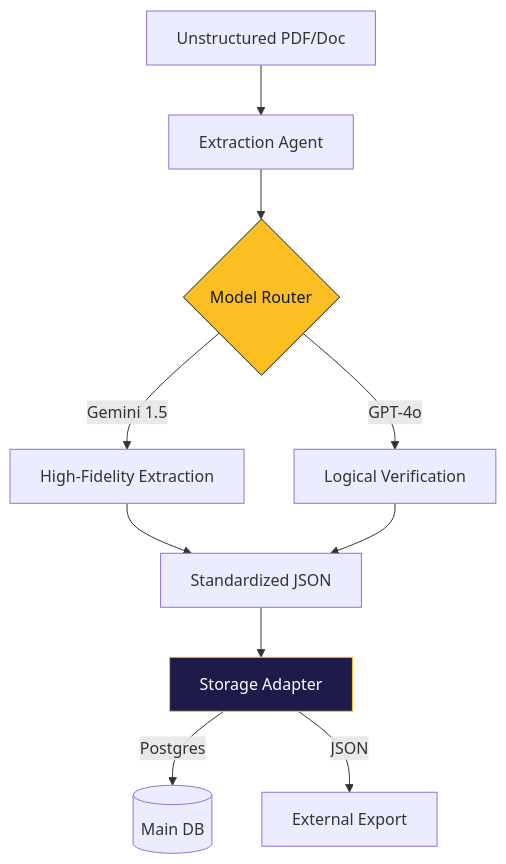
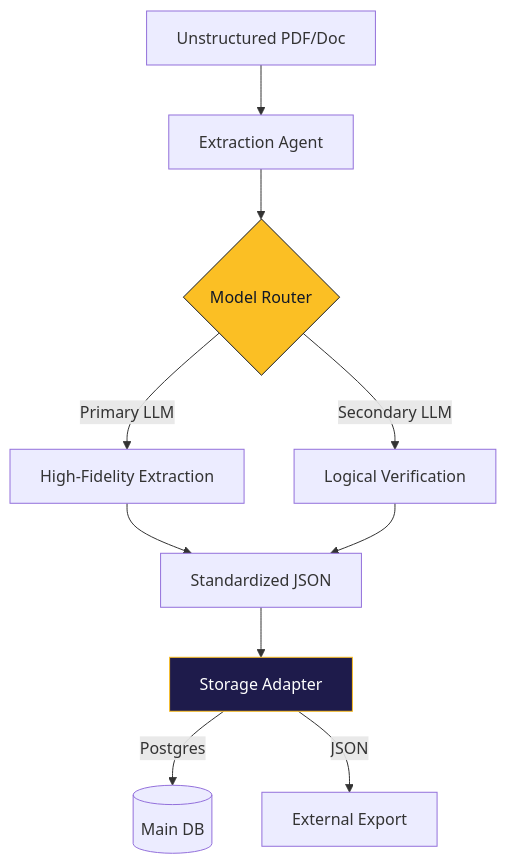
The diagram in README.md (shmukit/Edmate), drawn with Mermaid before and after one commit. The commit also changed other lines of this file and 1 other file, not shown here.

Commit message:
docs: update project description, repository links, and architecture diagram labels

````diff
--- a/README.md
+++ b/README.md
@@ -57,13 +57,13 @@
 ```mermaid
 graph TD
     A[Unstructured PDF/Doc] --> B[Extraction Agent]
     B --> C{Model Router}
-    C -->|Gemini 1.5| D[High-Fidelity Extraction]
-    C -->|GPT-4o| E[Logical Verification]
+    C -->|Primary LLM| D[High-Fidelity Extraction]
+    C -->|Secondary LLM| E[Logical Verification]
     D & E --> F[Standardized JSON]
     F --> G[Storage Adapter]
     G -->|Postgres| H[(Main DB)]
     G -->|JSON| I[External Export]
     style C fill:#fbbf24,stroke:#111827,color:#111827
     style G fill:#1e1b4b,stroke:#fbbf24,color:#fff
 ```
````
